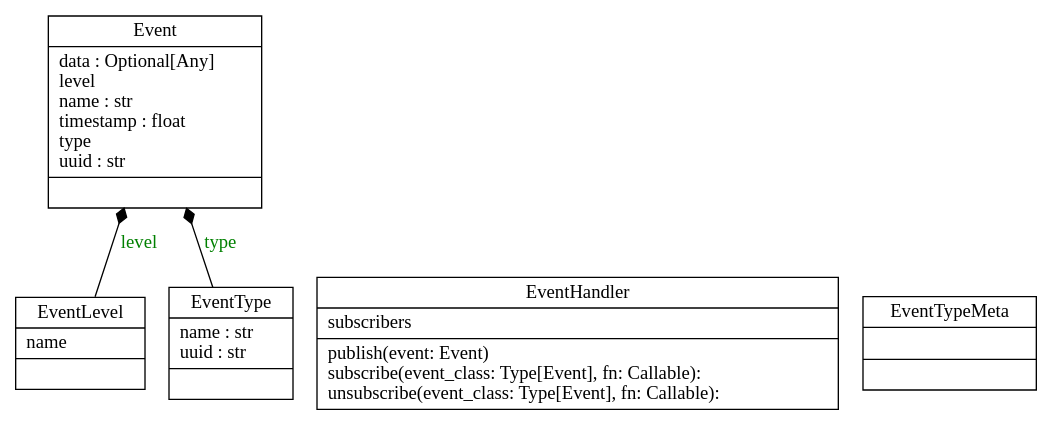
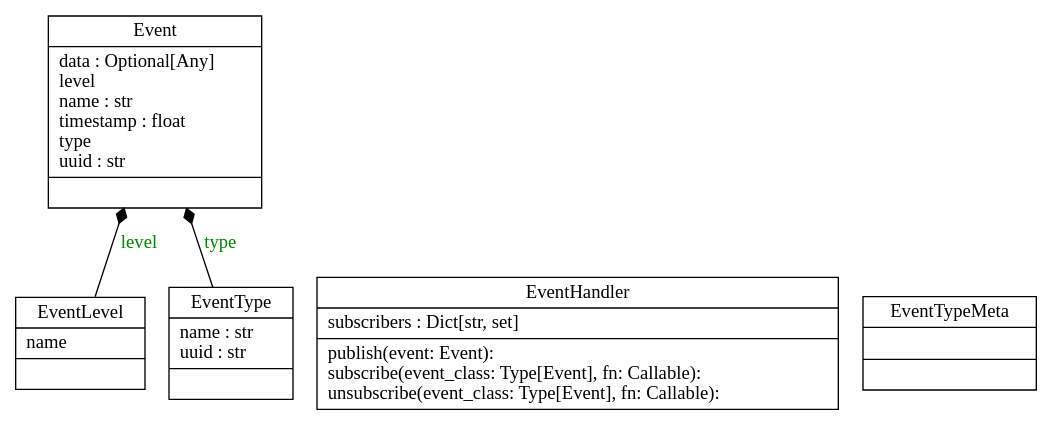
Before and after one commit to bonastreyair/iot-firmware: the diagram in docs/graphs/classes_event.dot, drawn with Graphviz. The commit also changed 3 other files, not shown here.

```diff
--- a/docs/graphs/classes_event.dot
+++ b/docs/graphs/classes_event.dot
@@ -1,11 +1,11 @@
 digraph "classes_event" {
 rankdir=BT
 charset="utf-8"
 "iot_firmware.event.event.Event" [color="black", fontcolor="black", label="{Event|data : Optional[Any]\llevel\lname : str\ltimestamp : float\ltype\luuid : str\l|}", shape="record", style="solid"];
-"iot_firmware.event.handler.EventHandler" [color="black", fontcolor="black", label="{EventHandler|subscribers\l|publish(event: Event)\lsubscribe(event_class: Type[Event], fn: Callable): \lunsubscribe(event_class: Type[Event], fn: Callable): \l}", shape="record", style="solid"];
+"iot_firmware.event.handler.EventHandler" [color="black", fontcolor="black", label="{EventHandler|subscribers : Dict[str, set]\l|publish(event: Event): \lsubscribe(event_class: Type[Event], fn: Callable): \lunsubscribe(event_class: Type[Event], fn: Callable): \l}", shape="record", style="solid"];
 "iot_firmware.event.enum.EventLevel" [color="black", fontcolor="black", label="{EventLevel|name\l|}", shape="record", style="solid"];
 "iot_firmware.event.type.EventType" [color="black", fontcolor="black", label="{EventType|name : str\luuid : str\l|}", shape="record", style="solid"];
 "iot_firmware.event.type.EventTypeMeta" [color="black", fontcolor="black", label="{EventTypeMeta|\l|}", shape="record", style="solid"];
 "iot_firmware.event.enum.EventLevel" -> "iot_firmware.event.event.Event" [arrowhead="diamond", arrowtail="none", fontcolor="green", label="level", style="solid"];
 "iot_firmware.event.type.EventType" -> "iot_firmware.event.event.Event" [arrowhead="diamond", arrowtail="none", fontcolor="green", label="type", style="solid"];
 }
```
